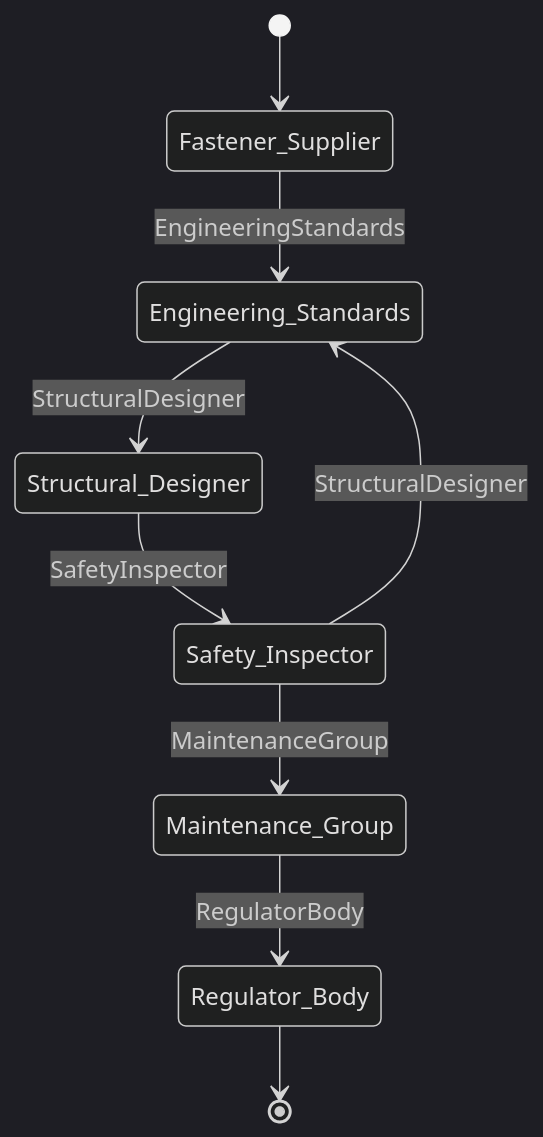
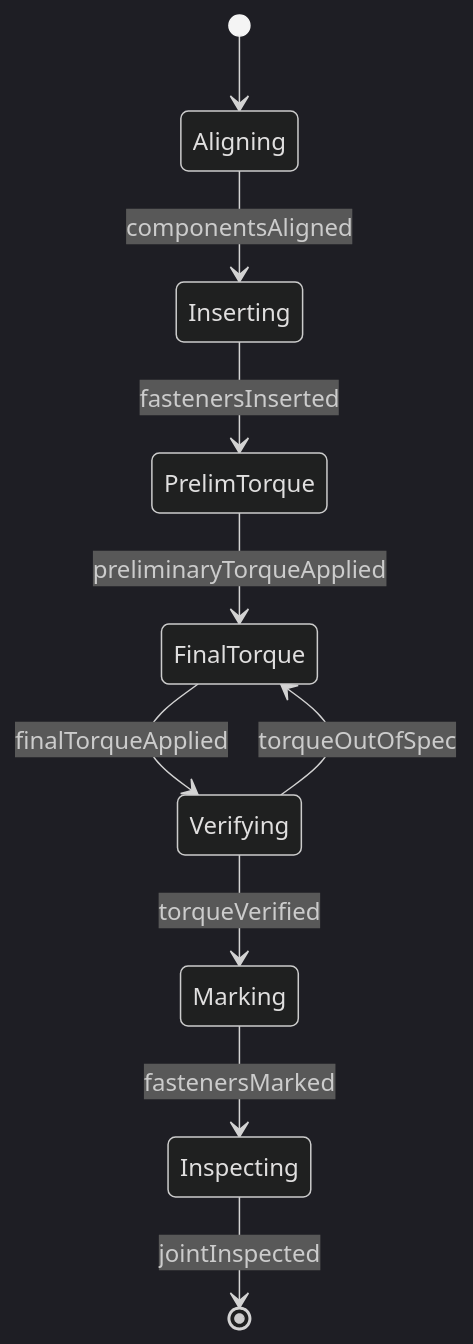
One commit to dot-org-ai/tasks.org.ai changed the second of 4 diagrams in HandlingAndMovingObjects/AssembleEquipmentOrComponents/BoltObjectsIntoPlace.mdx. Above: the diagram before and after it, drawn with Mermaid (dark theme). The commit also changed other lines of this file and 515 other files, not shown here.

````diff
--- a/HandlingAndMovingObjects/AssembleEquipmentOrComponents/BoltObjectsIntoPlace.mdx
+++ b/HandlingAndMovingObjects/AssembleEquipmentOrComponents/BoltObjectsIntoPlace.mdx
@@ -101,11 +99,12 @@
 ```mermaid
 stateDiagram-v2
-    [*] --> Fastener_Supplier
-    Fastener_Supplier --> Engineering_Standards: EngineeringStandards
-    Engineering_Standards --> Structural_Designer: StructuralDesigner
-    Structural_Designer --> Safety_Inspector: SafetyInspector
-    Safety_Inspector --> Maintenance_Group: MaintenanceGroup
-    Maintenance_Group --> Regulator_Body: RegulatorBody
-    Safety_Inspector --> Engineering_Standards: StructuralDesigner
-    Regulator_Body --> [*]
+    [*] --> Aligning
+    Aligning --> Inserting : componentsAligned
+    Inserting --> PrelimTorque : fastenersInserted
+    PrelimTorque --> FinalTorque : preliminaryTorqueApplied
+    FinalTorque --> Verifying : finalTorqueApplied
+    Verifying --> Marking : torqueVerified
+    Marking --> Inspecting : fastenersMarked
+    Verifying --> FinalTorque : torqueOutOfSpec
+    Inspecting --> [*] : jointInspected
 ```
````
